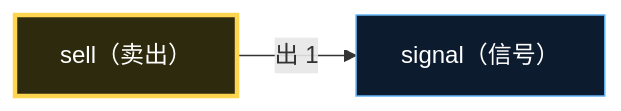
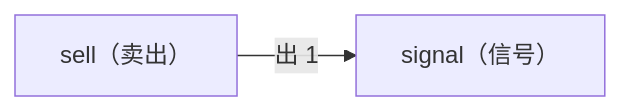
Before and after one commit to xuanFelixVan/ZephyrAlpha: the second of 2 diagrams in docs/02_enterprise_architecture/06_decision_architecture/10_decision_l2a_sell.md, drawn with Mermaid. The commit also changed other lines of this file and 23 other files, not shown here.

First line of the commit message:
style(decision-diagram): 移除所有 mermaid classDef，照搬 application_flows.md 纯默认主题

````diff
--- a/docs/02_enterprise_architecture/06_decision_architecture/10_decision_l2a_sell.md
+++ b/docs/02_enterprise_architecture/06_decision_architecture/10_decision_l2a_sell.md
@@ -163,9 +157,6 @@
 ```mermaid
 flowchart LR
-    SELF["sell（卖出）"]:::selfDomain
-    EXT_signal["signal（信号）"]:::extDomain
+    SELF["sell（卖出）"]
+    EXT_signal["signal（信号）"]
     SELF -->|出 1| EXT_signal
-
-    classDef selfDomain fill:#2e2a0d,stroke:#ffd54f,stroke-width:3px,color:#fff
-    classDef extDomain fill:#0d1b2e,stroke:#64b5f6,stroke-width:1px,color:#fff
 ```
````
